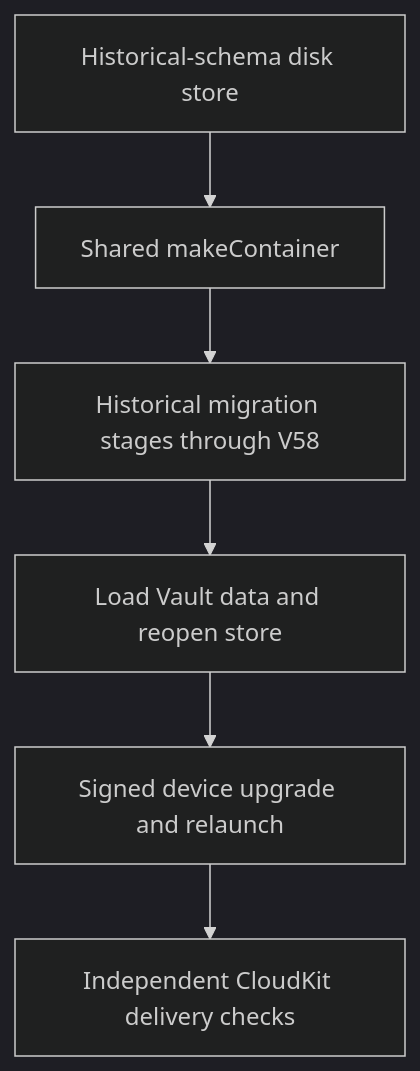
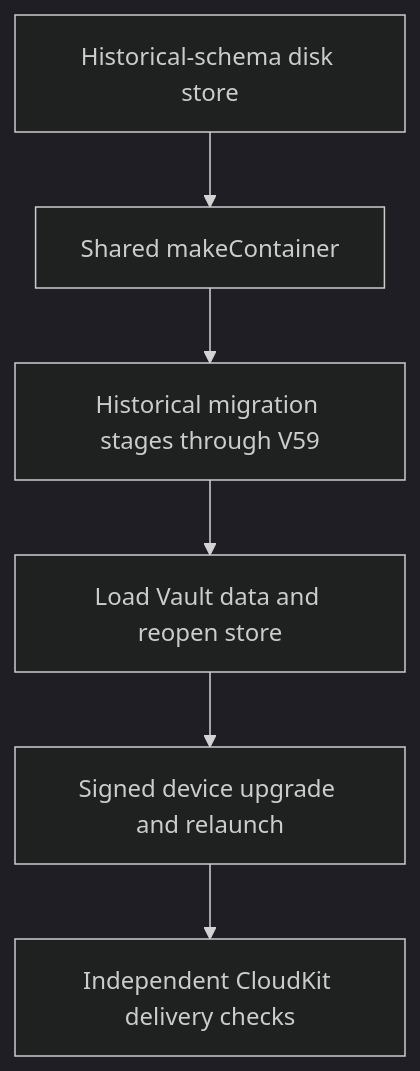
The first of 2 diagrams in openwiki/operations/cloudkit-release-readiness.md (AkinoKaede/Termind), drawn with Mermaid (dark theme) before and after one commit. The commit also changed other lines of this file and 54 other files, not shown here.

````diff
--- a/openwiki/operations/cloudkit-release-readiness.md
+++ b/openwiki/operations/cloudkit-release-readiness.md
@@ -231,8 +237,8 @@
 ```mermaid
 flowchart TD
     Fixture["Historical-schema disk store"] --> Factory["Shared makeContainer"]
-    Factory --> Local["Historical migration stages through V58"]
+    Factory --> Local["Historical migration stages through V59"]
     Local --> Verify["Load Vault data and reopen store"]
     Verify --> Device["Signed device upgrade and relaunch"]
     Device --> Cloud["Independent CloudKit delivery checks"]
 ```
````
